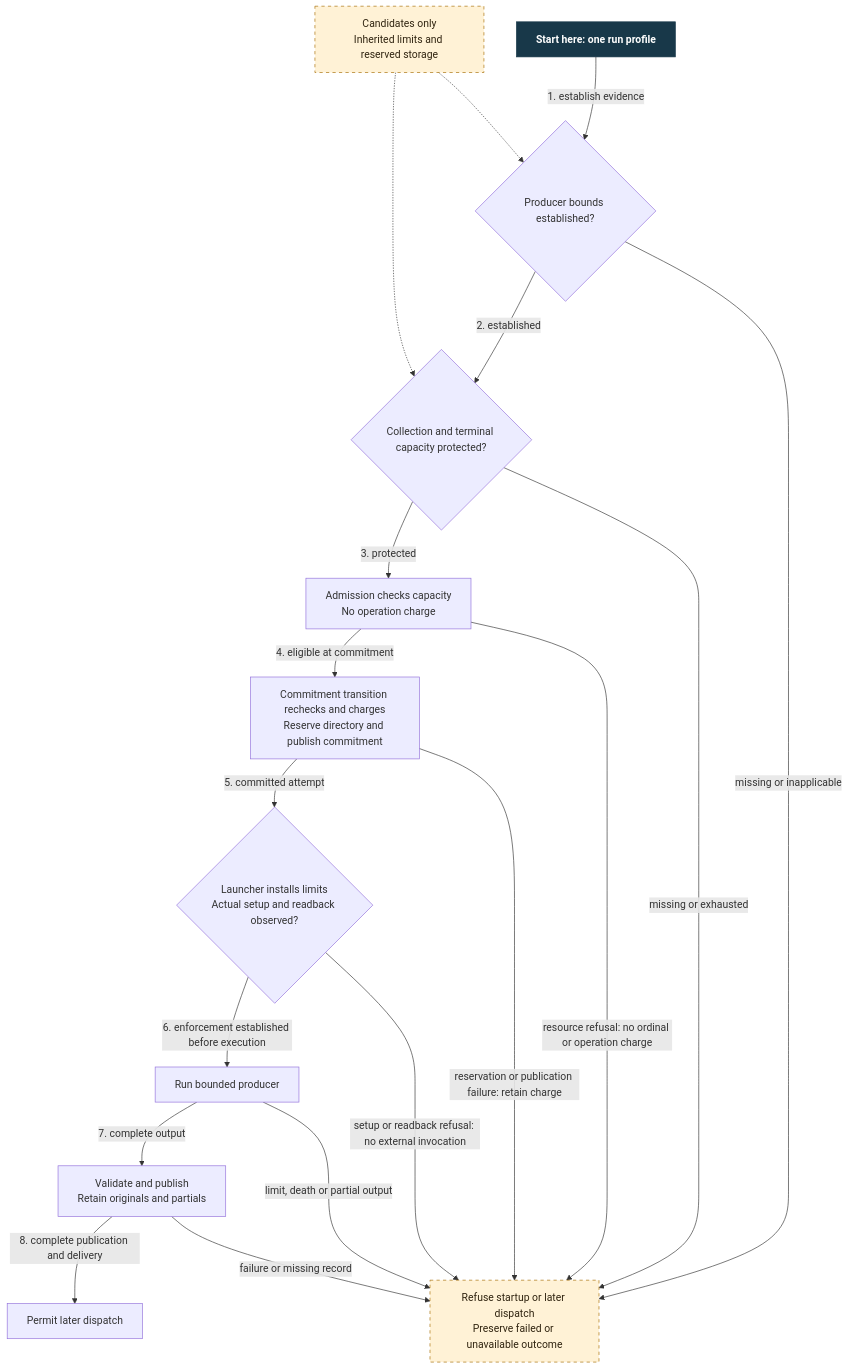
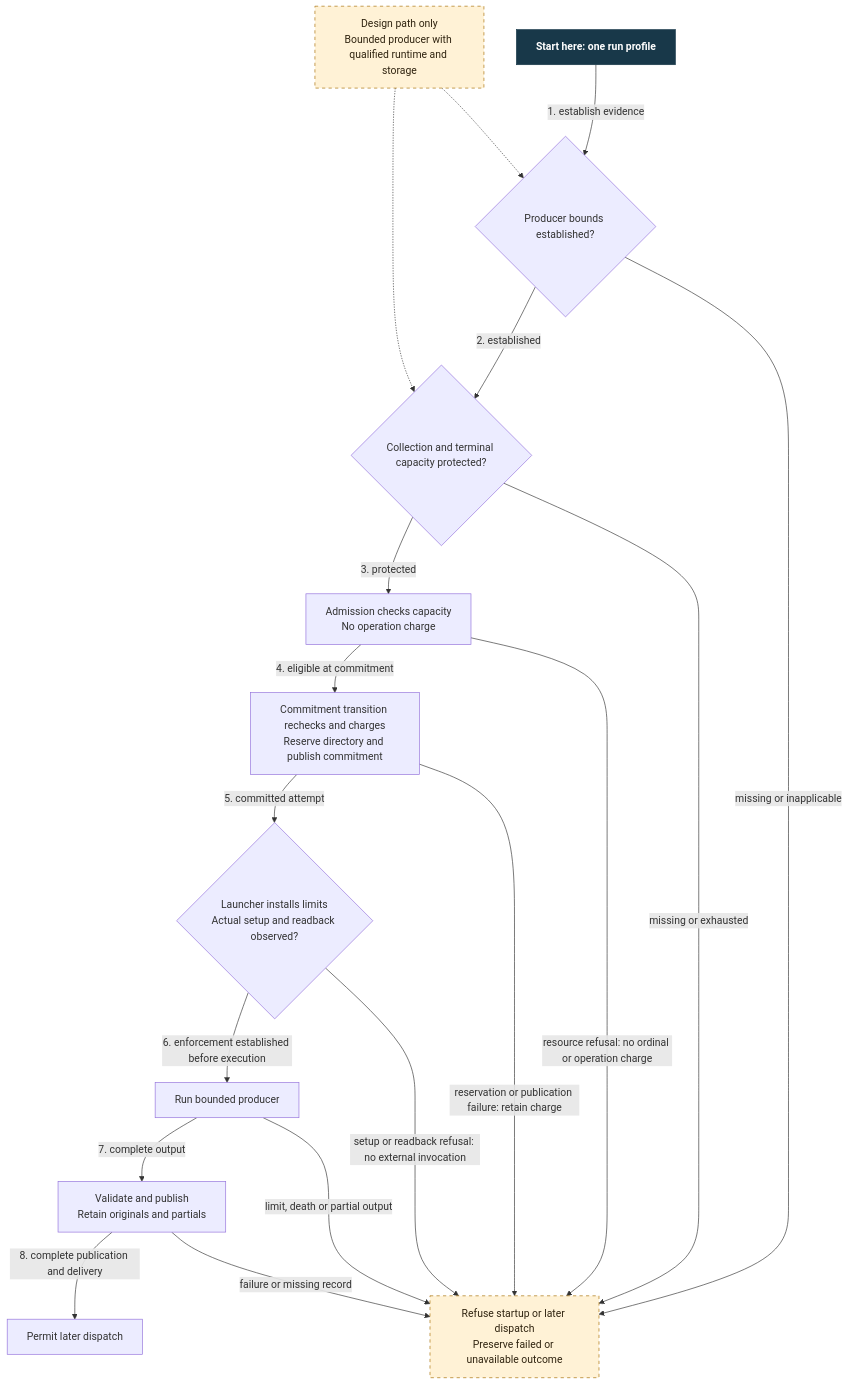
One commit to Linkuistics/Koine changed the diagram in docs/design/architecture/settings-activation/keepalive-resources.mmd. Above: the diagram before and after it, drawn with Mermaid. The commit also changed 13 other files, not shown here.

First line of the commit message:
settings-keepalive-producer-contract-k110: specify bounded producer contract

```diff
--- a/docs/design/architecture/settings-activation/keepalive-resources.mmd
+++ b/docs/design/architecture/settings-activation/keepalive-resources.mmd
@@ -1,31 +1,31 @@
 flowchart TB
   start["Start here: one run profile"]:::start
   proof{"Producer bounds established?"}
   storage{"Collection and terminal capacity protected?"}
   admission["Admission checks capacity\nNo operation charge"]
   commit["Commitment transition rechecks and charges\nReserve directory and publish commitment"]
   launcher{"Launcher installs limits\nActual setup and readback observed?"}
   producer["Run bounded producer"]
   validate["Validate and publish\nRetain originals and partials"]
   next["Permit later dispatch"]
   hold["Refuse startup or later dispatch\nPreserve failed or unavailable outcome"]:::open
-  candidates["Candidates only\nInherited limits and reserved storage"]:::open
+  candidates["Design path only\nBounded producer with qualified runtime and storage"]:::open
   start -->|"1. establish evidence"| proof
   proof -->|"2. established"| storage
   proof -->|"missing or inapplicable"| hold
   storage -->|"3. protected"| admission
   storage -->|"missing or exhausted"| hold
   admission -->|"4. eligible at commitment"| commit
   admission -->|"resource refusal: no ordinal or operation charge"| hold
   commit -->|"5. committed attempt"| launcher
   commit -->|"reservation or publication failure: retain charge"| hold
   launcher -->|"6. enforcement established before execution"| producer
   launcher -->|"setup or readback refusal: no external invocation"| hold
   producer -->|"7. complete output"| validate
   validate -->|"8. complete publication and delivery"| next
   producer -->|"limit, death or partial output"| hold
   validate -->|"failure or missing record"| hold
   candidates -.-> proof
   candidates -.-> storage
   classDef start fill:#183849,color:#fff,stroke:#183849,font-weight:bold
   classDef open fill:#fff2d6,color:#302410,stroke:#a66d00,stroke-dasharray:5 5
```
